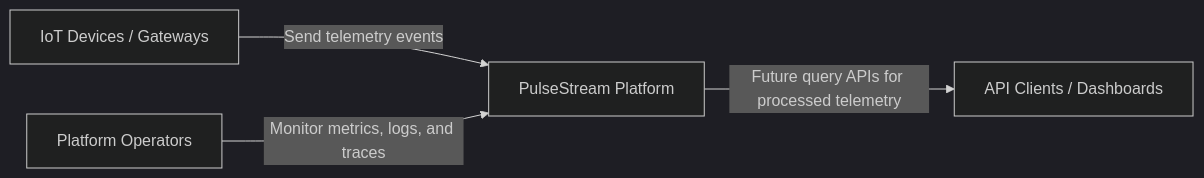
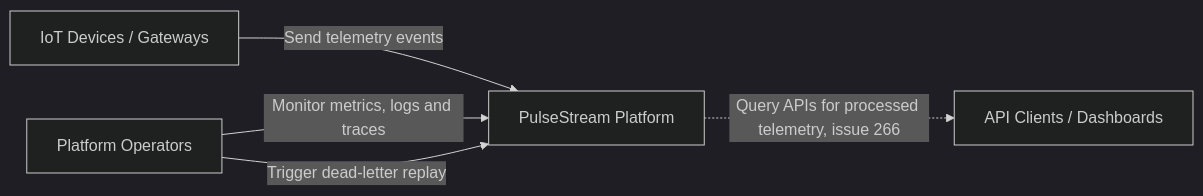
One commit to ME-Massine/pulsestream changed the first of 4 diagrams in docs/architecture/c4-model.md. Above: the diagram before and after it, drawn with Mermaid (dark theme). The commit also changed other lines of this file and 14 other files, not shown here.

First line of the commit message:
docs: synchronize project state, roadmap, and diagrams (#261)

````diff
--- a/docs/architecture/c4-model.md
+++ b/docs/architecture/c4-model.md
@@ -32,12 +34,13 @@
 ```mermaid
 flowchart LR
     D[IoT Devices / Gateways]
     U[API Clients / Dashboards]
     O[Platform Operators]
 
     P[PulseStream Platform]
 
     D -->|Send telemetry events| P
-    P -->|Future query APIs for processed telemetry| U
-    O -->|Monitor metrics, logs, and traces| P
+    P -.->|Query APIs for processed telemetry, issue 266| U
+    O -->|Monitor metrics, logs and traces| P
+    O -->|Trigger dead-letter replay| P
 ```
````
